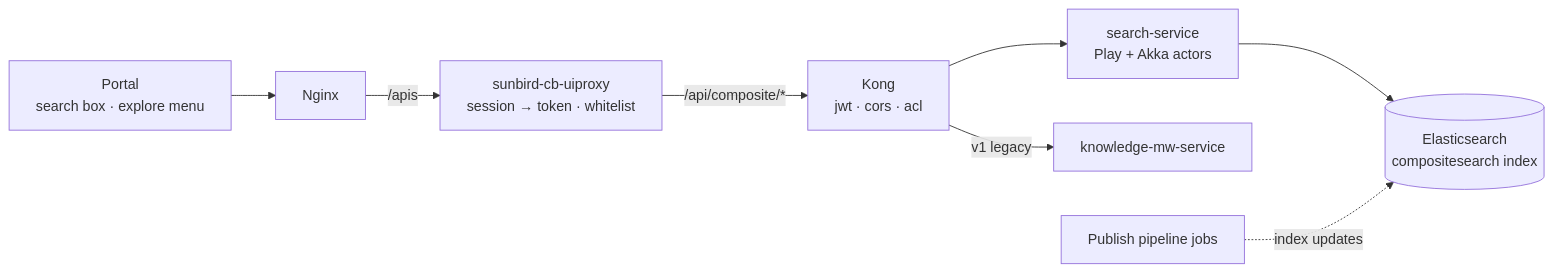
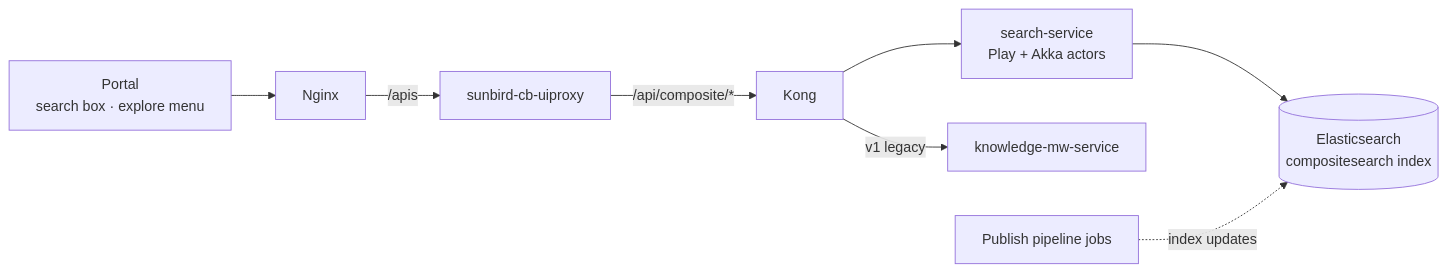
One commit to KB-iGOT/igot-docs changed the diagram in docs/explore-content/hld.md. Above: the diagram before and after it, drawn with Mermaid. The commit also changed other lines of this file and 10 other files, not shown here.

````diff
--- a/docs/explore-content/hld.md
+++ b/docs/explore-content/hld.md
@@ -3,10 +3,10 @@
 ```mermaid
 flowchart LR
   P[Portal<br/>search box · explore menu] --> N[Nginx]
-  N -- /apis --> U[sunbird-cb-uiproxy<br/>session → token · whitelist]
-  U -- /api/composite/* --> K[Kong<br/>jwt · cors · acl]
+  N -- /apis --> U[sunbird-cb-uiproxy]
+  U -- /api/composite/* --> K[Kong]
   K --> SS[search-service<br/>Play + Akka actors]
   K -- v1 legacy --> MW[knowledge-mw-service]
   SS --> ES[(Elasticsearch<br/>compositesearch index)]
   PUB[Publish pipeline jobs] -. index updates .-> ES
 ```
````
